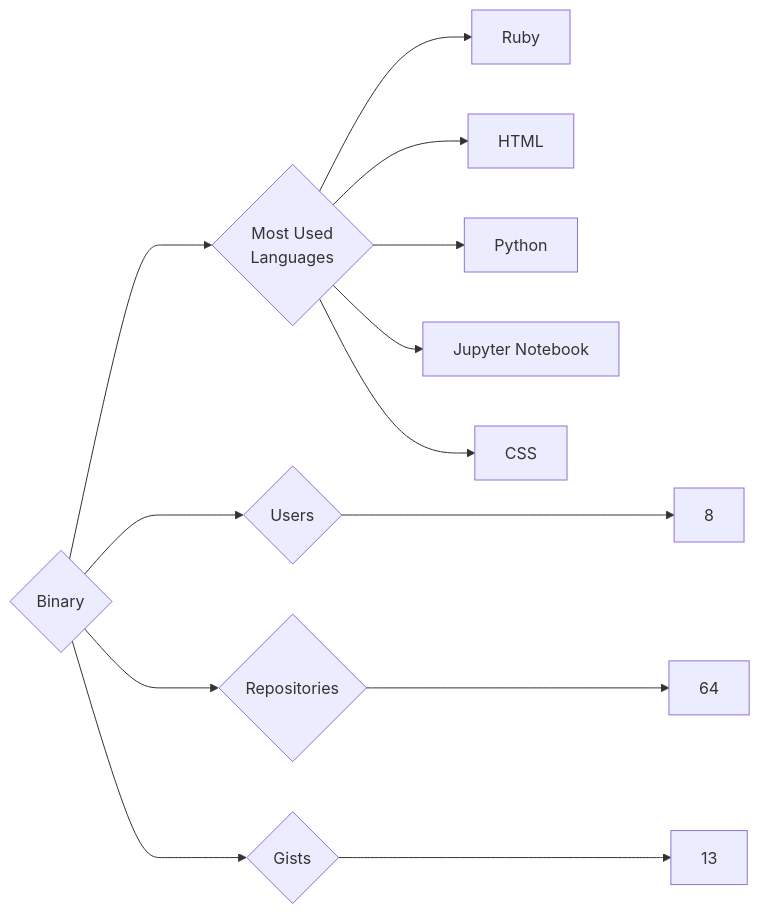
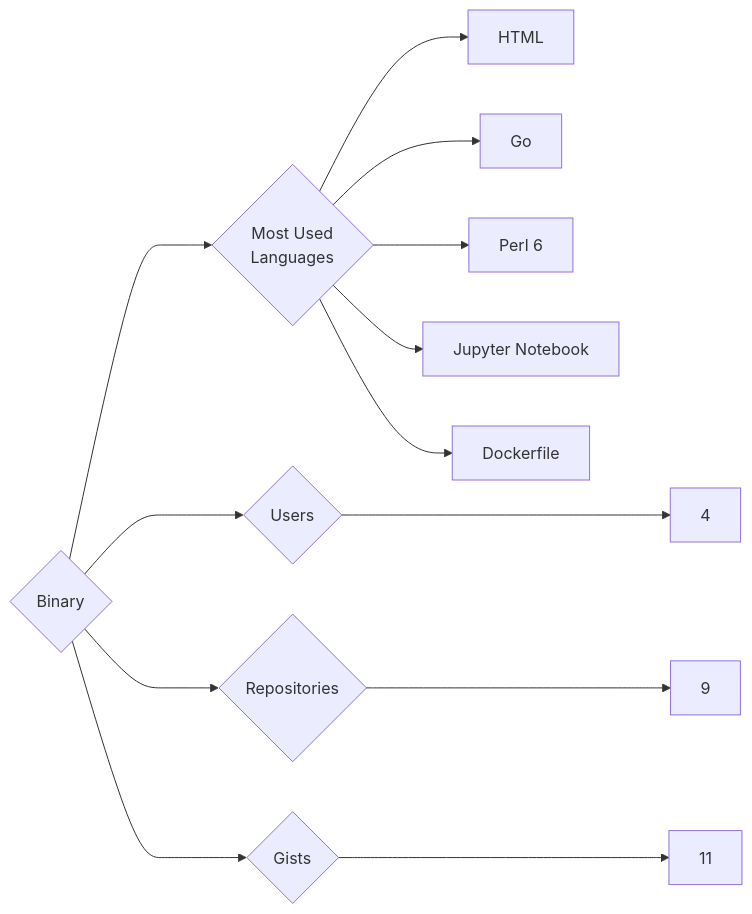
The diagram in targets/Binary/README.md (trickest/insiders), drawn with Mermaid before and after one commit. The commit also changed 859 other files, not shown here.

````diff
--- a/targets/Binary/README.md
+++ b/targets/Binary/README.md
@@ -3,13 +3,13 @@
 ```mermaid
 graph LR
 COMPANY_NAME{Binary}
-COMPANY_NAME ---> U{Users} ---> UN[8]
-COMPANY_NAME ---> R{Repositories} ---> RN[64]
-COMPANY_NAME ---> G{Gists} ---> GN[13]
+COMPANY_NAME ---> U{Users} ---> UN[4]
+COMPANY_NAME ---> R{Repositories} ---> RN[9]
+COMPANY_NAME ---> G{Gists} ---> GN[11]
 COMPANY_NAME ---> ML{Most Used<br>Languages}
-ML --> Ruby[Ruby]
 ML --> HTML[HTML]
-ML --> Python[Python]
+ML --> Go[Go]
+ML --> Perl_6[Perl 6]
 ML --> Jupyter_Notebook[Jupyter Notebook]
-ML --> CSS[CSS]
+ML --> Dockerfile[Dockerfile]
 ```
````
